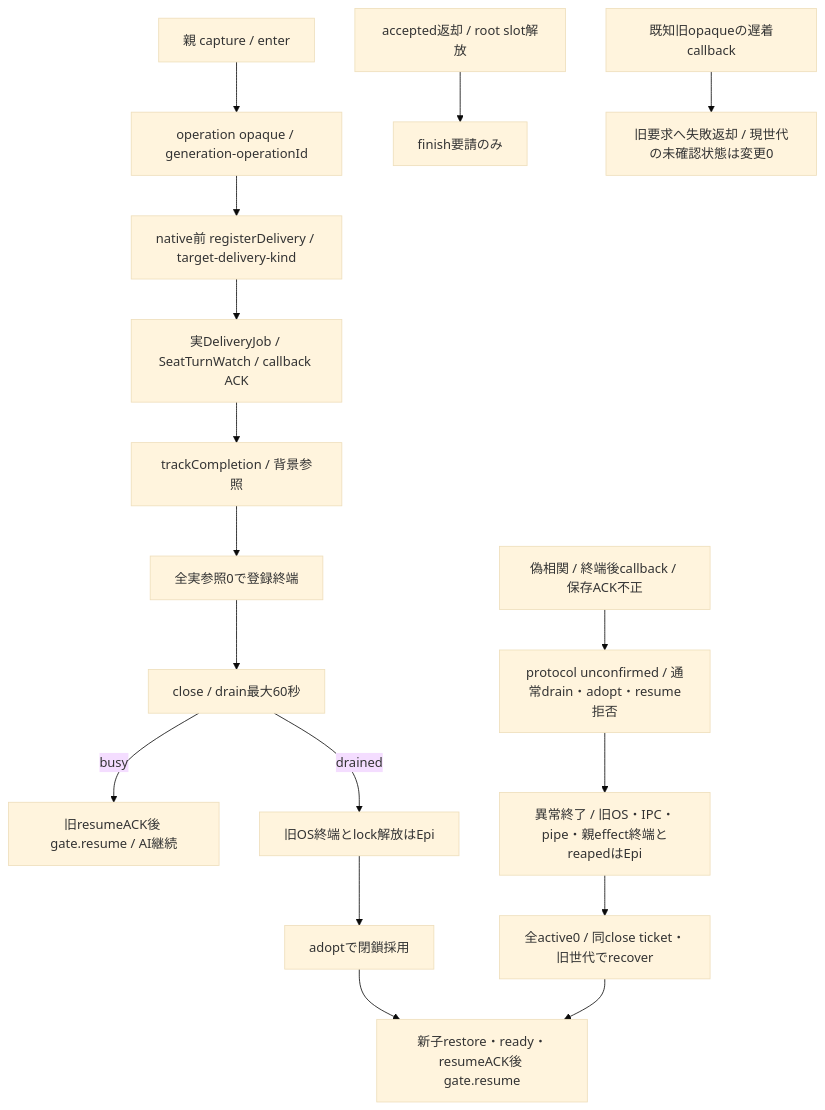
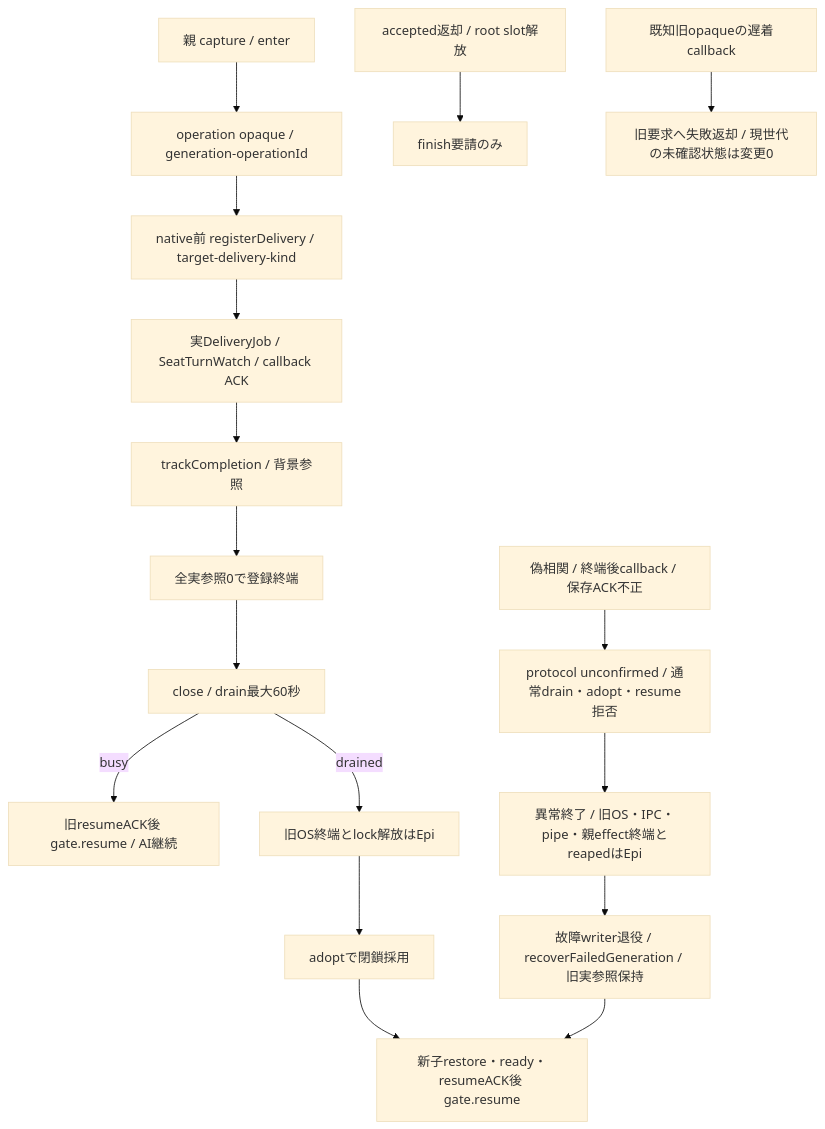
Before and after one commit to kitepon/BellTeam: the first of 2 diagrams in docs/architecture/modules/execution/conversation-lifetimes.md, drawn with Mermaid (base theme). The commit also changed other lines of this file and 7 other files, not shown here.

````diff
--- a/docs/architecture/modules/execution/conversation-lifetimes.md
+++ b/docs/architecture/modules/execution/conversation-lifetimes.md
@@ -5,19 +5,19 @@
 ```mermaid
 flowchart TD
   Admit[親 capture / enter] --> Root[operation opaque / generation-operationId]
   Root --> Register[native前 registerDelivery / target-delivery-kind]
   Register --> Job[実DeliveryJob / SeatTurnWatch / callback ACK]
   Wire[accepted返却 / root slot解放] --> Finish[finish要請のみ]
   Job --> Refs[trackCompletion / 背景参照]
   Refs --> End[全実参照0で登録終端]
   End --> Drain[close / drain最大60秒]
   Drain -->|busy| Resume[旧resumeACK後 gate.resume / AI継続]
   Drain -->|drained| OS[旧OS終端とlock解放はEpi]
   OS --> Adopt[adoptで閉鎖採用]
   Adopt --> Ready[新子restore・ready・resumeACK後 gate.resume]
   Unknown --> Barrier[異常終了 / 旧OS・IPC・pipe・親effect終端とreapedはEpi]
-  Barrier --> Recover[全active0 / 同close ticket・旧世代でrecover]
+  Barrier --> Recover[故障writer退役 / recoverFailedGeneration / 旧実参照保持]
   Recover --> Ready
   Retired[既知旧opaqueの遅着callback] --> OldError[旧要求へ失敗返却 / 現世代の未確認状態は変更0]
   Late[偽相関 / 終端後callback / 保存ACK不正] --> Unknown[protocol unconfirmed / 通常drain・adopt・resume拒否]
 ```
````
